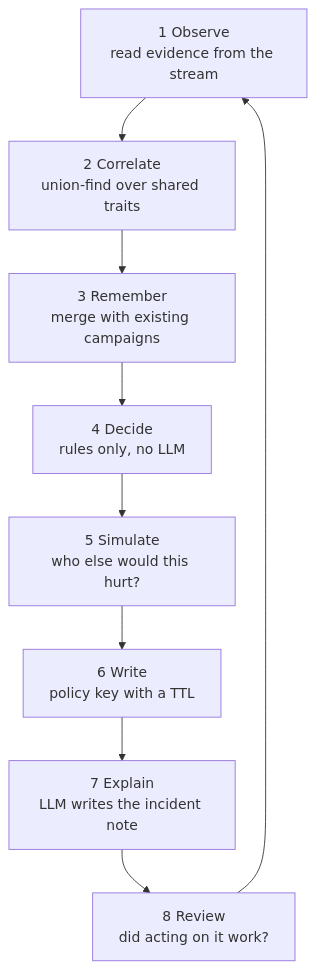
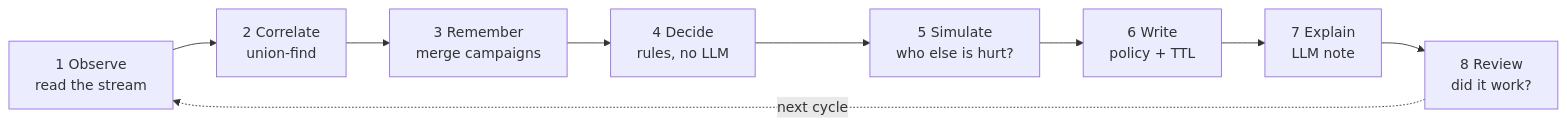
Before and after one commit to Adnan-Safdari/Intelligent_API_Security_Gateway: the third of 3 diagrams in OVERVIEW.md, drawn with Mermaid. The commit also changed 4 other files, not shown here.

````diff
--- a/OVERVIEW.md
+++ b/OVERVIEW.md
@@ -106,11 +106,11 @@
 ```mermaid
-flowchart TD
-    O[1 Observe<br/>read evidence from the stream] --> C[2 Correlate<br/>union-find over shared traits]
-    C --> M[3 Remember<br/>merge with existing campaigns]
-    M --> D[4 Decide<br/>rules only, no LLM]
-    D --> S[5 Simulate<br/>who else would this hurt?]
-    S --> W[6 Write<br/>policy key with a TTL]
-    W --> X[7 Explain<br/>LLM writes the incident note]
-    X --> V[8 Review<br/>did acting on it work?]
-    V --> O
+flowchart LR
+    O["1 Observe<br/>read the stream"] --> C["2 Correlate<br/>union-find"]
+    C --> M["3 Remember<br/>merge campaigns"]
+    M --> D["4 Decide<br/>rules, no LLM"]
+    D --> S["5 Simulate<br/>who else is hurt?"]
+    S --> W["6 Write<br/>policy + TTL"]
+    W --> X["7 Explain<br/>LLM note"]
+    X --> V["8 Review<br/>did it work?"]
+    V -.->|next cycle| O
 ```
````
